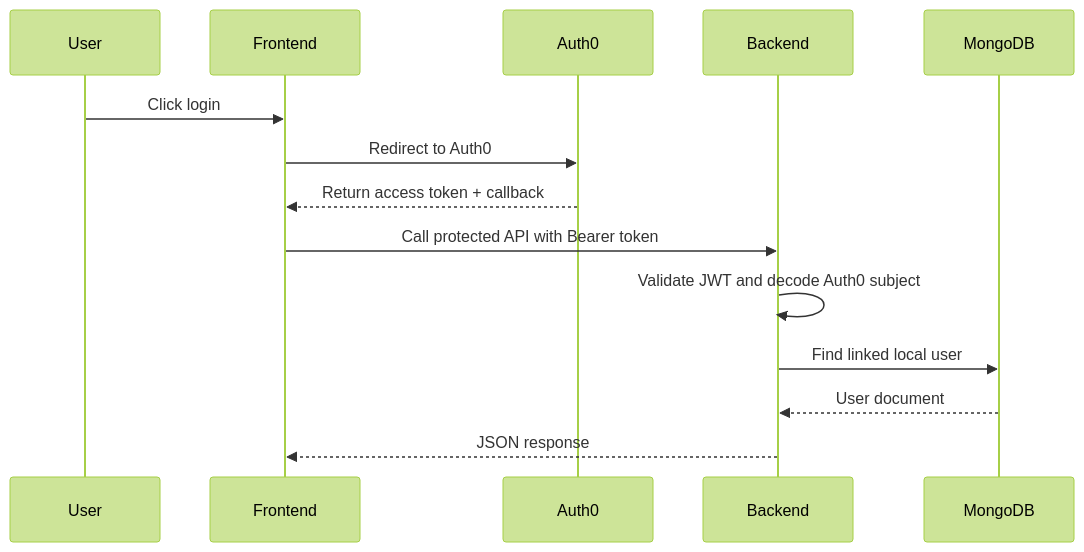
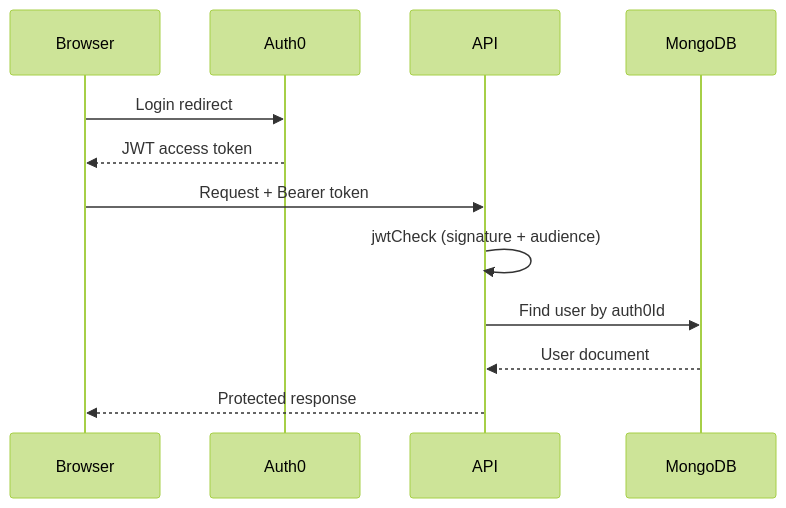
The diagram in backend/README.md (hashamtanveer-41/Food-Ordering-App-MERN), drawn with Mermaid (forest theme) before and after one commit. The commit also changed other lines of this file and 2 other files, not shown here.

Commit message:
feat: enhance README with detailed project overview, architecture, and setup instructions

````diff
--- a/backend/README.md
+++ b/backend/README.md
@@ -113,17 +193,15 @@
 ```mermaid
 sequenceDiagram
-  participant U as User
-  participant F as Frontend
-  participant A as Auth0
-  participant B as Backend
-  participant M as MongoDB
+  participant Browser
+  participant Auth0
+  participant API
+  participant MongoDB
 
-  U->>F: Click login
-  F->>A: Redirect to Auth0
-  A-->>F: Return access token + callback
-  F->>B: Call protected API with Bearer token
-  B->>B: Validate JWT and decode Auth0 subject
-  B->>M: Find linked local user
-  M-->>B: User document
-  B-->>F: JSON response
+  Browser->>Auth0: Login redirect
+  Auth0-->>Browser: JWT access token
+  Browser->>API: Request + Bearer token
+  API->>API: jwtCheck (signature + audience)
+  API->>MongoDB: Find user by auth0Id
+  MongoDB-->>API: User document
+  API-->>Browser: Protected response
 ```
````
